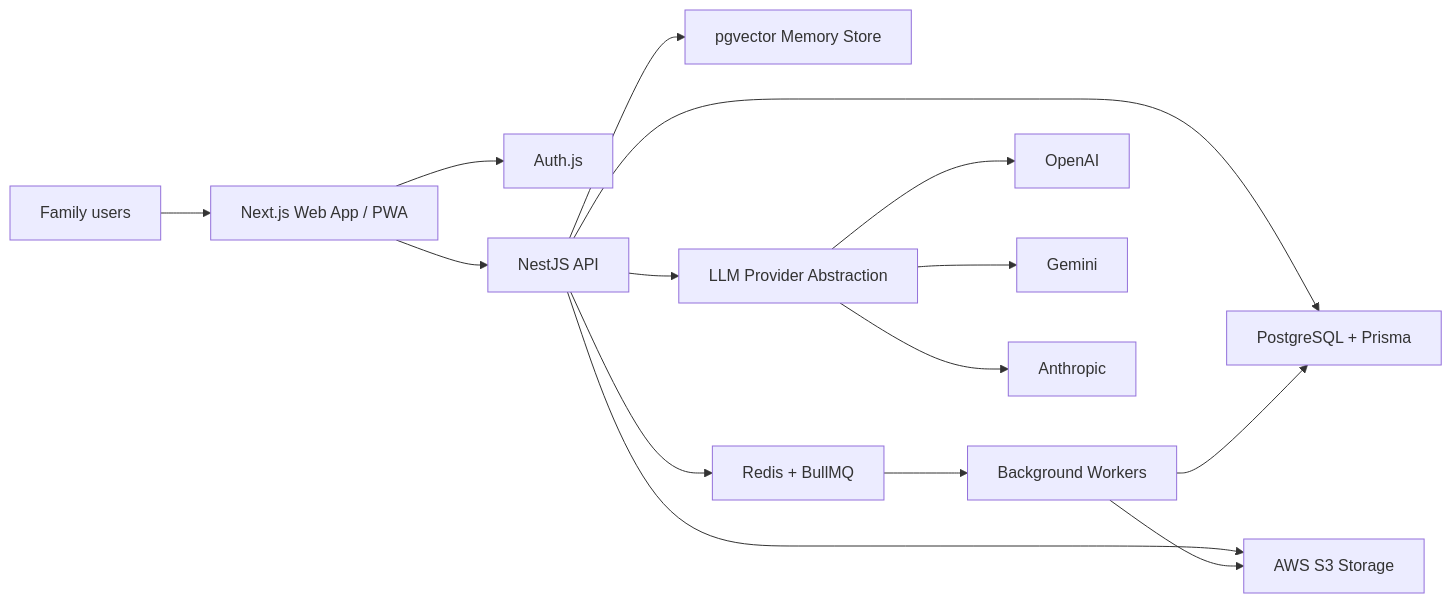
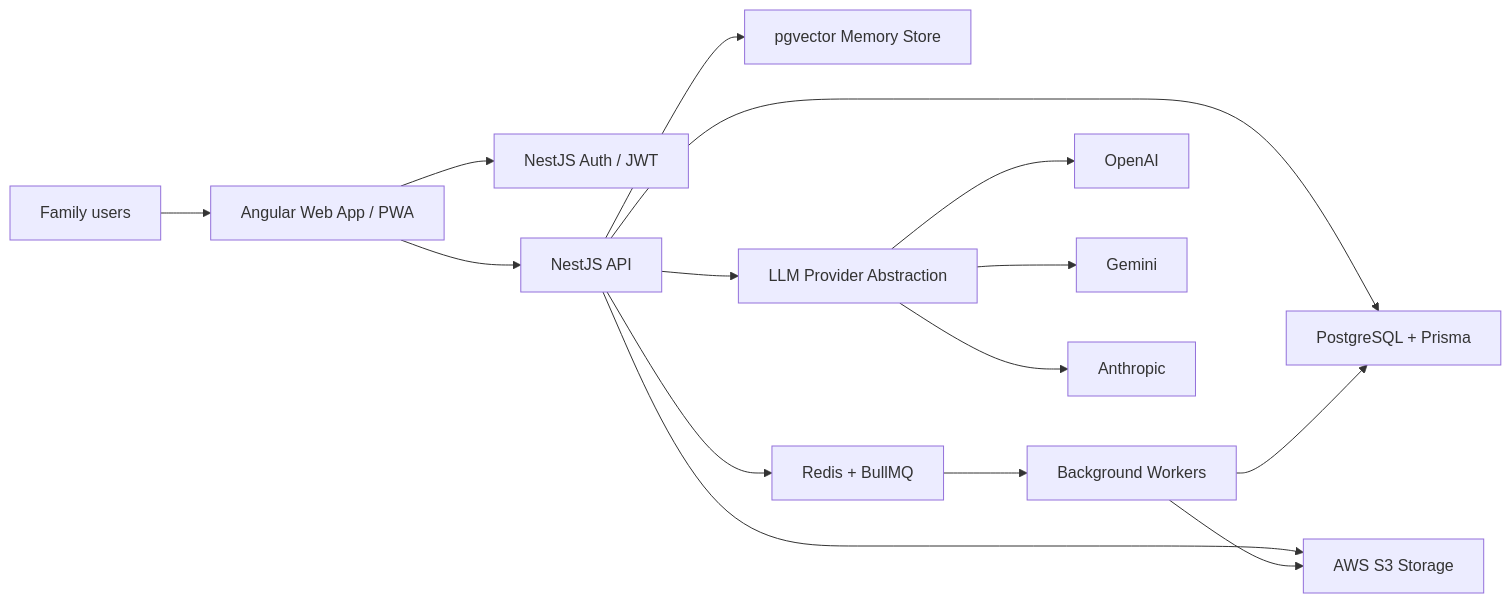
The first of 5 diagrams in outputs/family-health-coach-ai-blueprint.md (arpit-jain-mygit/family-health-coach-ai), drawn with Mermaid before and after one commit. The commit also changed other lines of this file and 1 other file, not shown here.

Commit message:
Update UI stack to Angular and Bootstrap

````diff
--- a/outputs/family-health-coach-ai-blueprint.md
+++ b/outputs/family-health-coach-ai-blueprint.md
@@ -65,17 +65,17 @@
 ```mermaid
 flowchart LR
-  user["Family users"] --> web["Next.js Web App / PWA"]
-  web --> auth["Auth.js"]
+  user["Family users"] --> web["Angular Web App / PWA"]
+  web --> auth["NestJS Auth / JWT"]
   web --> api["NestJS API"]
   api --> db["PostgreSQL + Prisma"]
   api --> vector["pgvector Memory Store"]
   api --> s3["AWS S3 Storage"]
   api --> queue["Redis + BullMQ"]
   queue --> workers["Background Workers"]
   workers --> db
   workers --> s3
   api --> ai["LLM Provider Abstraction"]
   ai --> openai["OpenAI"]
   ai --> gemini["Gemini"]
   ai --> anthropic["Anthropic"]
 ```
````
